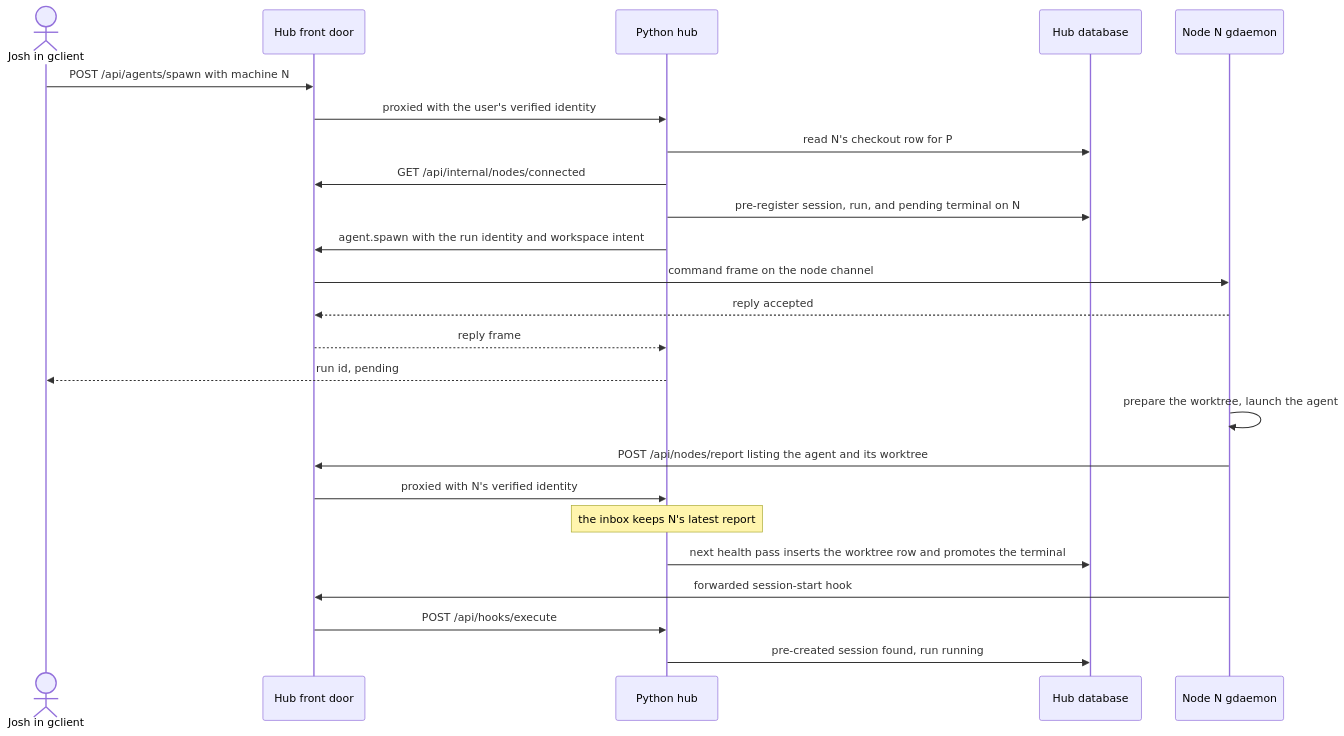
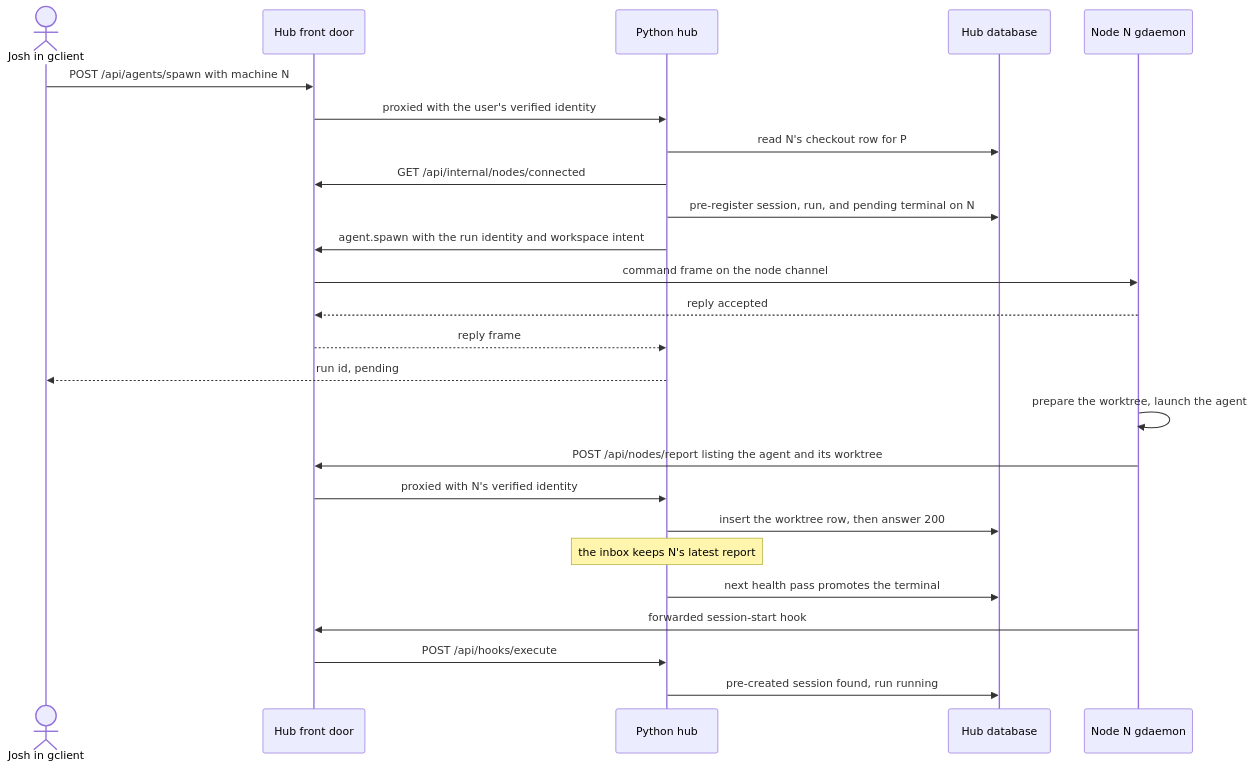
Before and after one commit to GobbyAI/gobby: the second of 5 diagrams in .gobby/plans/hub-mode.md, drawn with Mermaid. The commit also changed other lines of this file, not shown here.

````diff
--- a/.gobby/plans/hub-mode.md
+++ b/.gobby/plans/hub-mode.md
@@ -370,26 +478,27 @@
 ```mermaid
 sequenceDiagram
   actor U as Josh in gclient
   participant FD as Hub front door
   participant PY as Python hub
   participant DB as Hub database
   participant N as Node N gdaemon
   U->>FD: POST /api/agents/spawn with machine N
   FD->>PY: proxied with the user's verified identity
   PY->>DB: read N's checkout row for P
   PY->>FD: GET /api/internal/nodes/connected
   PY->>DB: pre-register session, run, and pending terminal on N
   PY->>FD: agent.spawn with the run identity and workspace intent
   FD->>N: command frame on the node channel
   N-->>FD: reply accepted
   FD-->>PY: reply frame
   PY-->>U: run id, pending
   N->>N: prepare the worktree, launch the agent
   N->>FD: POST /api/nodes/report listing the agent and its worktree
   FD->>PY: proxied with N's verified identity
+  PY->>DB: insert the worktree row, then answer 200
   Note over PY: the inbox keeps N's latest report
-  PY->>DB: next health pass inserts the worktree row and promotes the terminal
+  PY->>DB: next health pass promotes the terminal
   N->>FD: forwarded session-start hook
   FD->>PY: POST /api/hooks/execute
   PY->>DB: pre-created session found, run running
 ```
````
